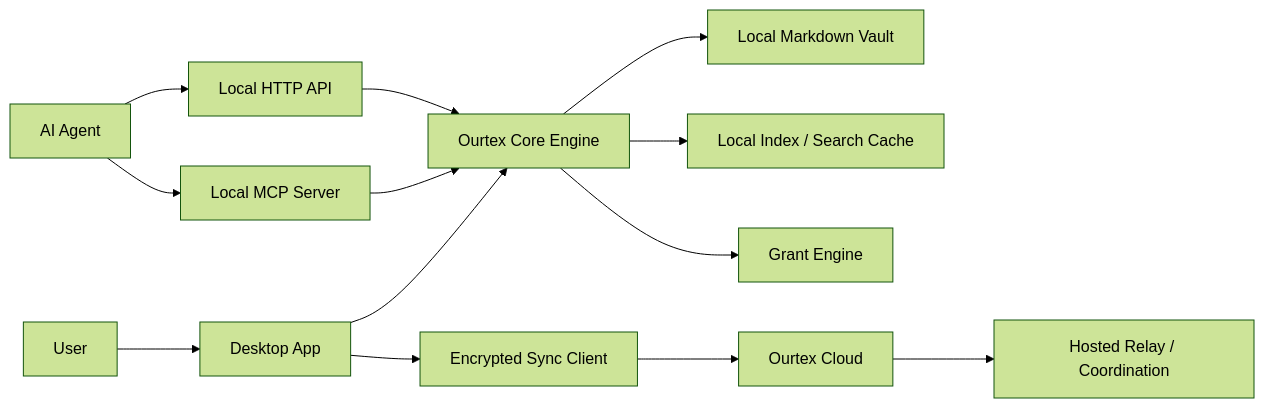
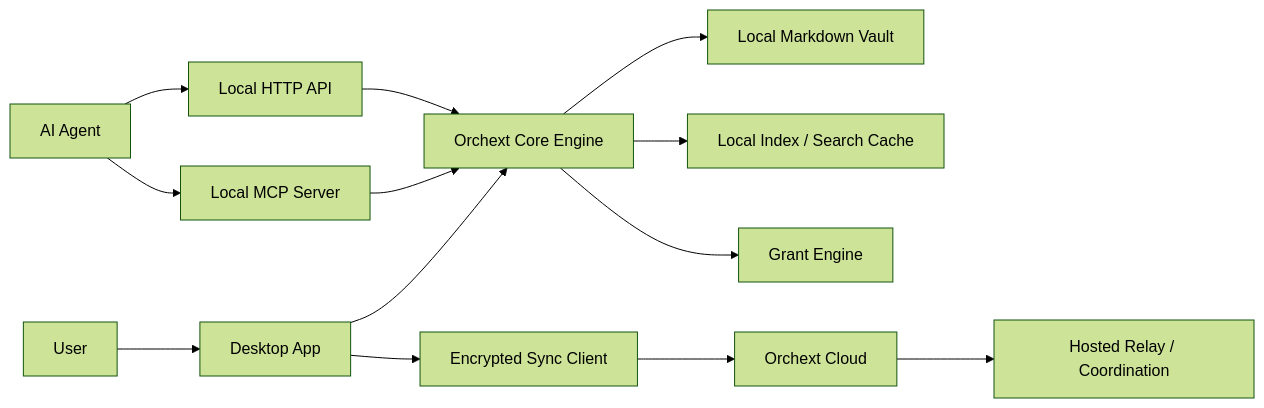
One commit to WorkingJB/orchext changed the diagram in docs/comparison-architecture.md. Above: the diagram before and after it, drawn with Mermaid (forest theme). The commit also changed other lines of this file and 100 other files, not shown here.

````diff
--- a/docs/comparison-architecture.md
+++ b/docs/comparison-architecture.md
@@ -39,15 +39,15 @@
 ```mermaid
 flowchart LR
     User["User"] --> App["Desktop App"]
-    App --> Core["Ourtex Core Engine"]
+    App --> Core["Orchext Core Engine"]
     Core --> Vault["Local Markdown Vault"]
     Core --> Index["Local Index / Search Cache"]
     Core --> Grants["Grant Engine"]
     Agent["AI Agent"] --> MCP["Local MCP Server"]
     Agent --> API["Local HTTP API"]
     MCP --> Core
     API --> Core
     App --> Sync["Encrypted Sync Client"]
-    Sync --> Cloud["Ourtex Cloud"]
+    Sync --> Cloud["Orchext Cloud"]
     Cloud --> Relay["Hosted Relay / Coordination"]
 ```
````
